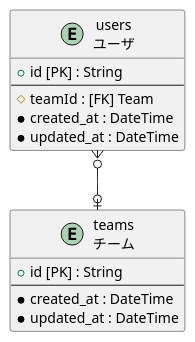
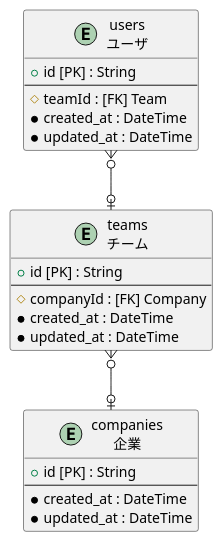
One commit to dbgso/asciidoc-publish-ghpages changed the first of 4 diagrams in tables.adoc. Above: the diagram before and after it, drawn with PlantUML. The commit also changed other lines of this file and 10 other files, not shown here.

```diff
--- a/tables.adoc
+++ b/tables.adoc
@@ -4,25 +4,34 @@
 [plantuml,target=erd,format=svg]
 ....
 @startuml erd
 skinparam linetype ortho
 entity "users\nユーザ" as User {
 + id [PK] : String 
 --
   # teamId : [FK] Team
   * created_at : DateTime
   * updated_at : DateTime
 }
 
 entity "teams\nチーム" as Team {
 + id [PK] : String 
 --
+  # companyId : [FK] Company
+  * created_at : DateTime
+  * updated_at : DateTime
+}
+
+entity "companies\n企業" as Company {
++ id [PK] : String 
+--
   * created_at : DateTime
   * updated_at : DateTime
 }
 
 ' Relations
 User }o--o| Team
+Team }o--o| Company
 ' ManyToMany Relations
 ' enum relations
 @enduml
 ....
```
